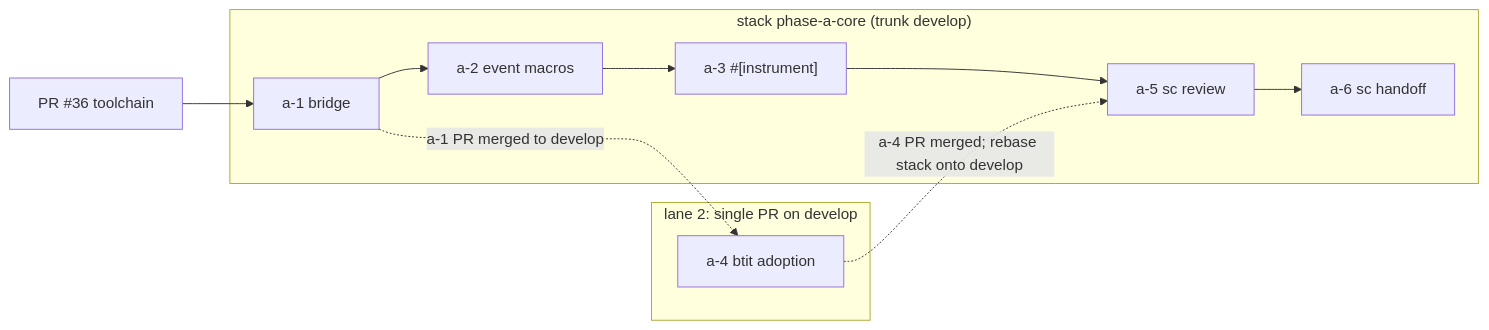
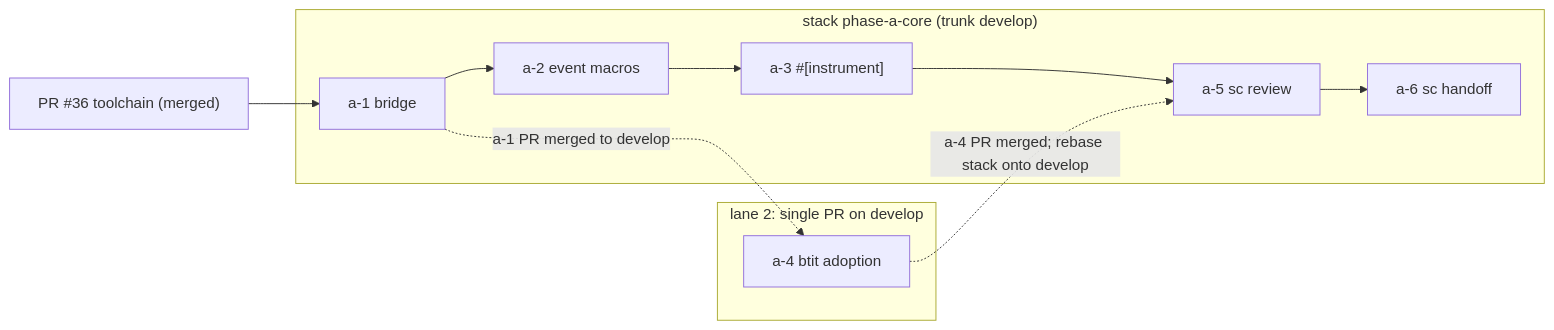
The diagram in docs/plans/phase-a/plan-phase-a.md (randlee/beads-task-issue-tracker), drawn with Mermaid before and after one commit. The commit also changed other lines of this file and 6 other files, not shown here.

````diff
--- a/docs/plans/phase-a/plan-phase-a.md
+++ b/docs/plans/phase-a/plan-phase-a.md
@@ -106,12 +119,12 @@
 ```mermaid
 flowchart LR
-  P36["PR #36 toolchain"] --> A1
+  P36["PR #36 toolchain (merged)"] --> A1
   subgraph core["stack phase-a-core (trunk develop)"]
     A1["a-1 bridge"] --> A2["a-2 event macros"] --> A3["a-3 #[instrument]"] --> A5["a-5 sc review"] --> A6["a-6 sc handoff"]
   end
   subgraph adoption["lane 2: single PR on develop"]
     A4["a-4 btit adoption"]
   end
   A1 -. "a-1 PR merged to develop" .-> A4
   A4 -. "a-4 PR merged; rebase stack onto develop" .-> A5
 ```
````
